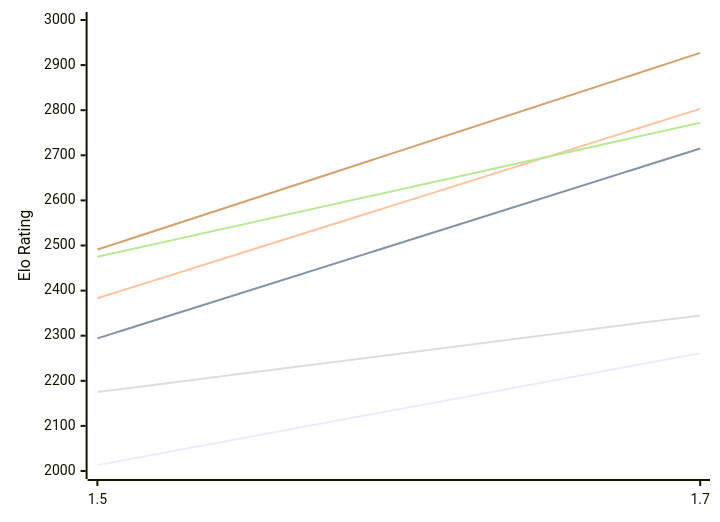
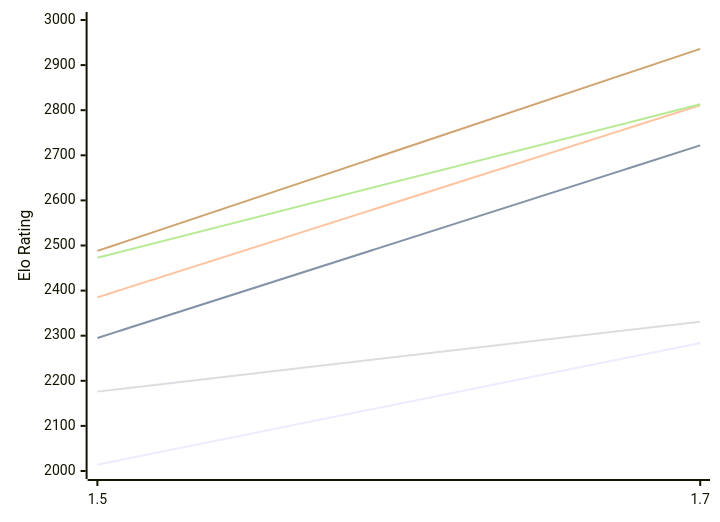
One commit to computer-chess-index/cci changed the first of 2 diagrams in engines/Facon.md. Above: the diagram before and after it, drawn with Mermaid. The commit also changed other lines of this file, not shown here.

Commit message:
Update CCI Ratings (ELO VLTC) - 2026-10-14

````diff
--- a/engines/Facon.md
+++ b/engines/Facon.md
@@ -52,12 +52,12 @@
 ```mermaid
 %%{init: {"theme":"base","themeVariables":{"seriesColors:['#a3a3a3','#222221','#faa371']}}}%%
 xychart-beta
   x-axis ["1.5", "1.7"]
   y-axis "Elo Rating" 2000 --> 3000
-  line "E1: STC (8.0+0.08s)" [2013, 2261]
-  line "E1: LTC (60.0+0.60s)" [2294, 2715]
-  line "E1: VLTC (2m24s+1.12s)" [2383, 2803]
-  line "P1: STC (8.0+0.08s)" [2175, 2345]
-  line "P1: LTC (60.0+0.60s)" [2475, 2772]
-  line "P1: VLTC (2m24s+1.12s)" [2491, 2927]
+  line "E1: STC (8.0+0.08s)" [2014, 2284]
+  line "E1: LTC (60.0+0.60s)" [2295, 2722]
+  line "E1: VLTC (2m24s+1.12s)" [2385, 2811]
+  line "P1: STC (8.0+0.08s)" [2176, 2331]
+  line "P1: LTC (60.0+0.60s)" [2473, 2813]
+  line "P1: VLTC (2m24s+1.12s)" [2488, 2936]
 ```
````
